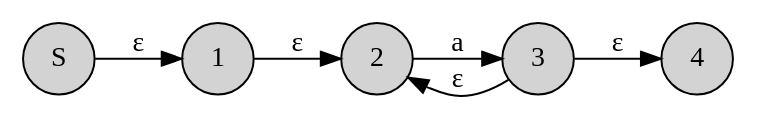
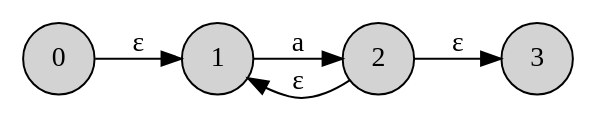
One commit to illusory0x0/containers.mbt changed the diagram in automaton/__snapshot__/nfa_repeat.dot. Above: the diagram before and after it, drawn with Graphviz. The commit also changed 15 other files, not shown here.

```diff
--- a/automaton/__snapshot__/nfa_repeat.dot
+++ b/automaton/__snapshot__/nfa_repeat.dot
@@ -1,15 +1,13 @@
 
 digraph {
 rankdir=LR;
 node [shape = circle; style = filled;];
 0->1[label="ε"];
-1->2[label="ε"];
-3->2[label="ε"];
-3->4[label="ε"];
-2->3[label="a"];
+1->2[label="a"];
+2->1[label="ε"];
+2->3[label="ε"];
+0 [label="0";]
+3 [label="3";]
 1 [label="1";]
-4 [label="4";]
 2 [label="2";]
-3 [label="3";]
-0 [label="S";]
 }
```
